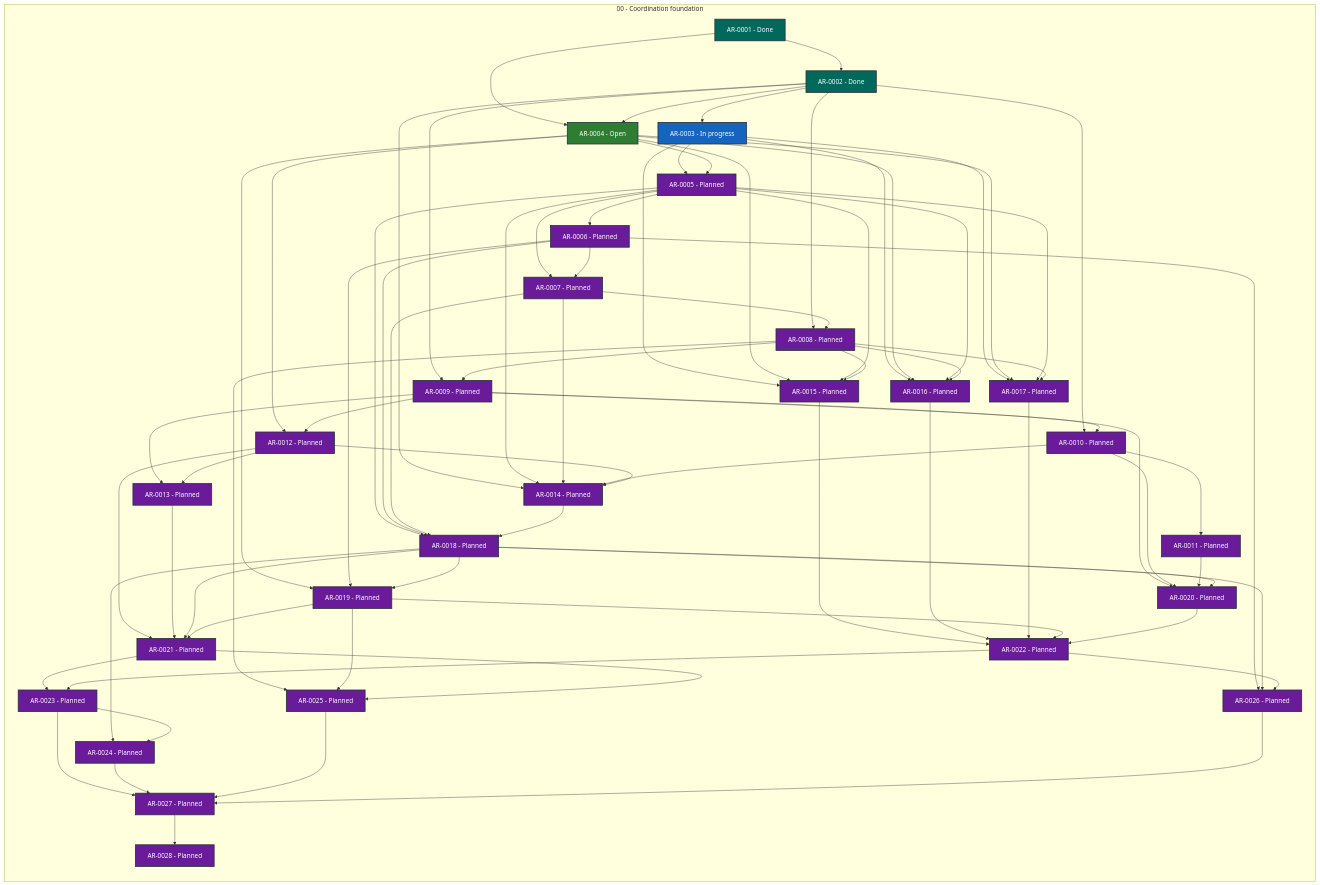
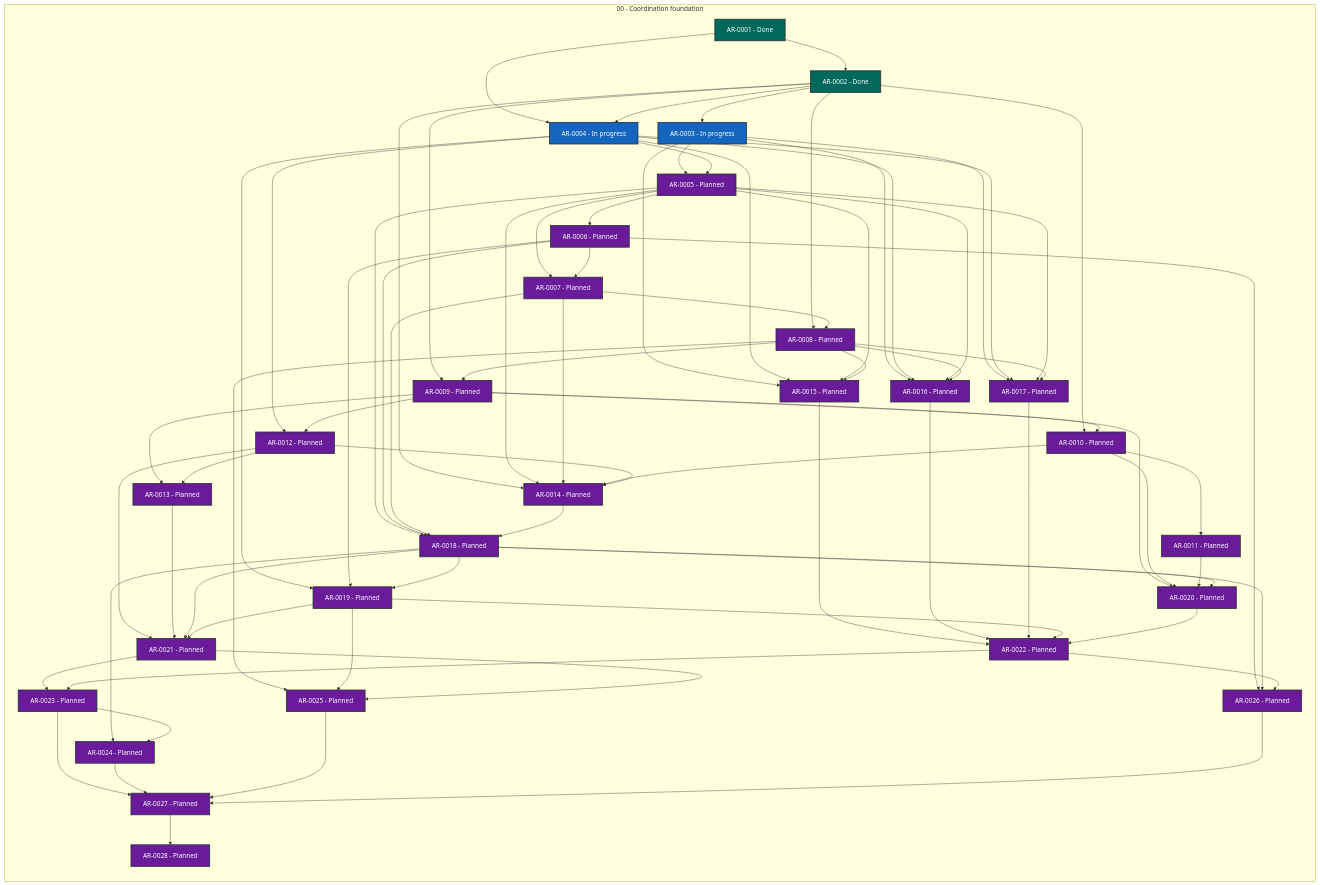
Before and after one commit to martin-beck/agent-workflow-runtime-state: the diagram in STATUS.md, drawn with Mermaid. The commit also changed other lines of this file and 2 other files, not shown here.

```diff
--- a/STATUS.md
+++ b/STATUS.md
@@ -31,7 +31,7 @@
         AR_0001["AR-0001 - Done"]:::status_done
         AR_0002["AR-0002 - Done"]:::status_done
         AR_0003["AR-0003 - In progress"]:::status_in_progress
-        AR_0004["AR-0004 - Open"]:::status_open
+        AR_0004["AR-0004 - In progress"]:::status_in_progress
         AR_0005["AR-0005 - Planned"]:::status_planned
         AR_0006["AR-0006 - Planned"]:::status_planned
         AR_0007["AR-0007 - Planned"]:::status_planned
```
